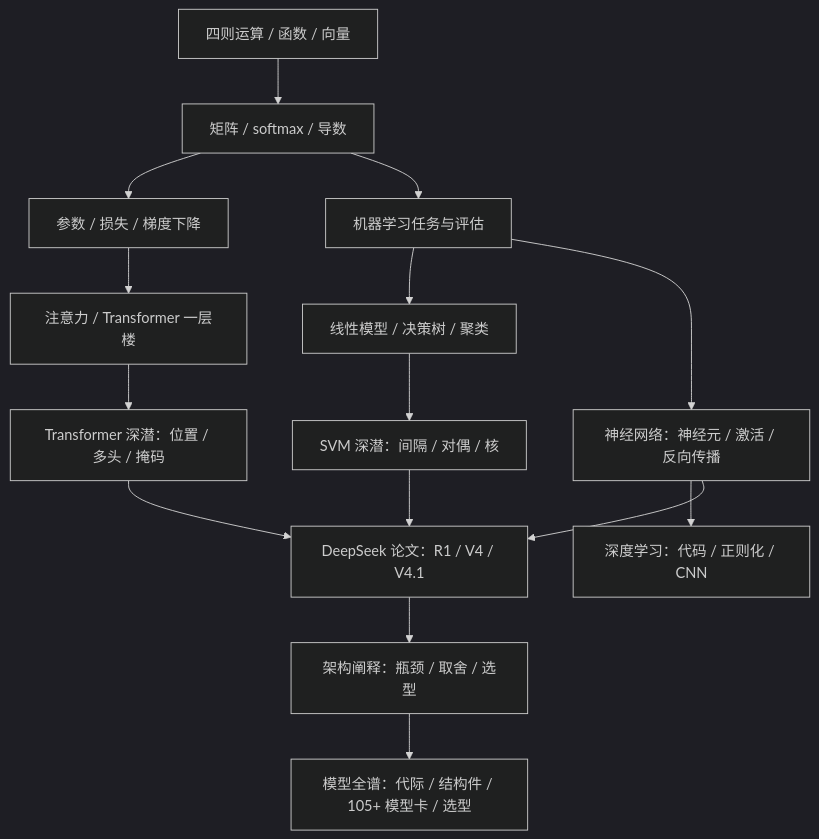
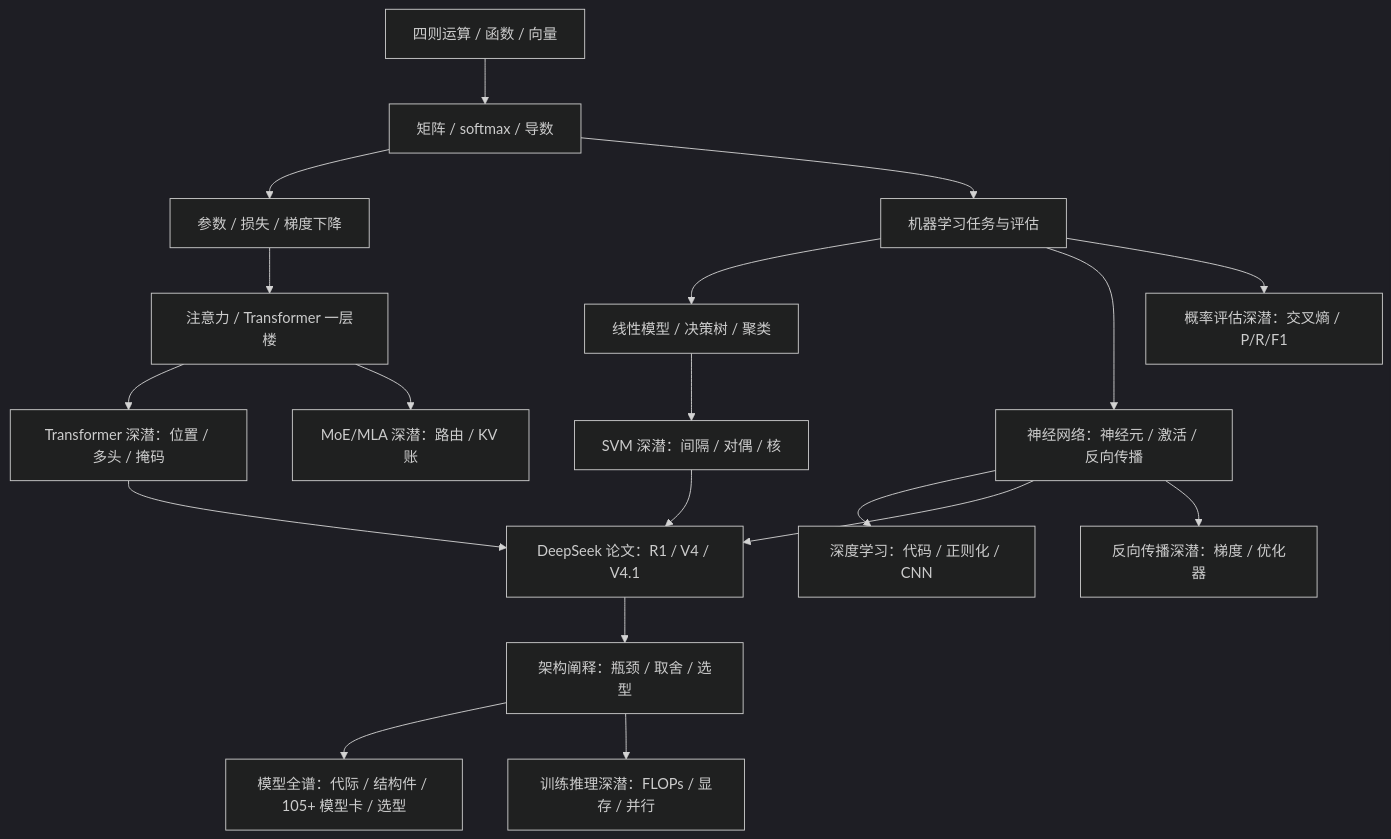
The diagram in 00-跨书总览/学习节点地图.md (zrx-11/ai-architecture-handbook), drawn with Mermaid (dark theme) before and after one commit. The commit also changed other lines of this file and 27 other files, not shown here.

````diff
--- a/00-跨书总览/学习节点地图.md
+++ b/00-跨书总览/学习节点地图.md
@@ -21,17 +25,21 @@
 ```mermaid
 flowchart TD
   A["四则运算 / 函数 / 向量"] --> B["矩阵 / softmax / 导数"]
   B --> C["参数 / 损失 / 梯度下降"]
   C --> D["注意力 / Transformer 一层楼"]
   B --> E["机器学习任务与评估"]
   E --> F["线性模型 / 决策树 / 聚类"]
   E --> G["神经网络：神经元 / 激活 / 反向传播"]
   G --> H["深度学习：代码 / 正则化 / CNN"]
   D --> I["Transformer 深潜：位置 / 多头 / 掩码"]
   F --> J["SVM 深潜：间隔 / 对偶 / 核"]
   I --> K["DeepSeek 论文：R1 / V4 / V4.1"]
   G --> K
   J --> K
+  G --> N["反向传播深潜：梯度 / 优化器"]
+  E --> O["概率评估深潜：交叉熵 / P/R/F1"]
+  D --> P["MoE/MLA 深潜：路由 / KV 账"]
   K --> L["架构阐释：瓶颈 / 取舍 / 选型"]
   L --> M["模型全谱：代际 / 结构件 / 105+ 模型卡 / 选型"]
+  L --> Q["训练推理深潜：FLOPs / 显存 / 并行"]
 ```
````
